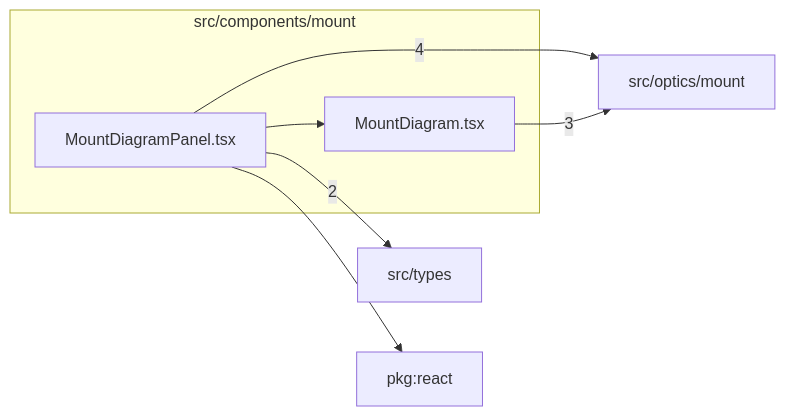
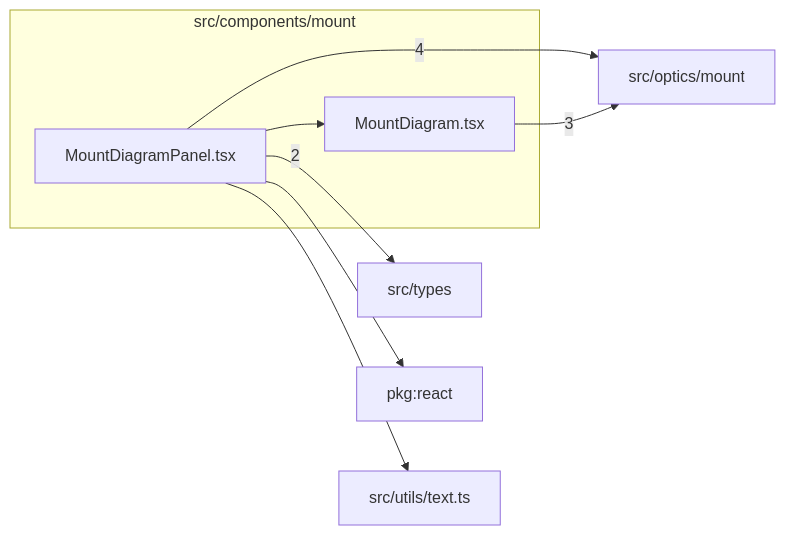
One commit to ronbuening/LensVisualizer changed the diagram in src/components/mount/readme.md. Above: the diagram before and after it, drawn with Mermaid. The commit also changed other lines of this file and 99 other files, not shown here.

````diff
--- a/src/components/mount/readme.md
+++ b/src/components/mount/readme.md
@@ -9,15 +9,17 @@
 ```mermaid
 flowchart LR
   subgraph n_src_components_mount["src/components/mount"]
     n_src_components_mount_src_components_mount_MountDiagram_tsx["MountDiagram.tsx"]
     n_src_components_mount_src_components_mount_MountDiagramPanel_tsx["MountDiagramPanel.tsx"]
   end
   n_external_src_optics_mount["src/optics/mount"]
   n_external_src_types["src/types"]
   n_external_pkg_react["pkg:react"]
+  n_external_src_utils_text_ts["src/utils/text.ts"]
   n_src_components_mount_src_components_mount_MountDiagramPanel_tsx --> |4| n_external_src_optics_mount
   n_src_components_mount_src_components_mount_MountDiagram_tsx --> |3| n_external_src_optics_mount
   n_src_components_mount_src_components_mount_MountDiagramPanel_tsx --> |2| n_external_src_types
   n_src_components_mount_src_components_mount_MountDiagramPanel_tsx --> n_external_pkg_react
+  n_src_components_mount_src_components_mount_MountDiagramPanel_tsx --> n_external_src_utils_text_ts
   n_src_components_mount_src_components_mount_MountDiagramPanel_tsx --> n_src_components_mount_src_components_mount_MountDiagram_tsx
 ```
````
